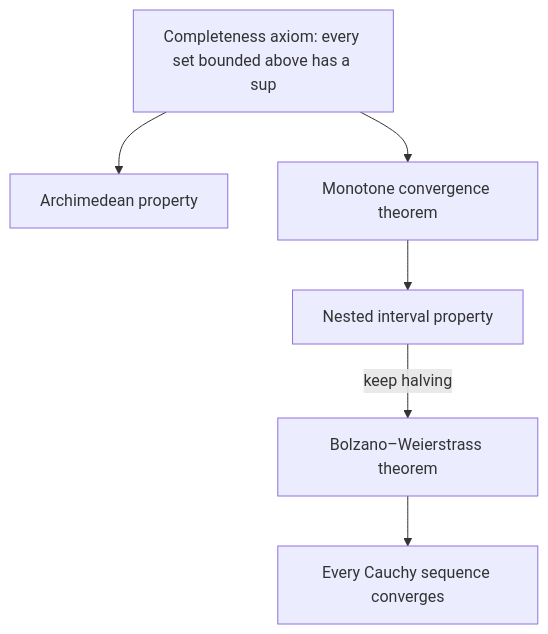
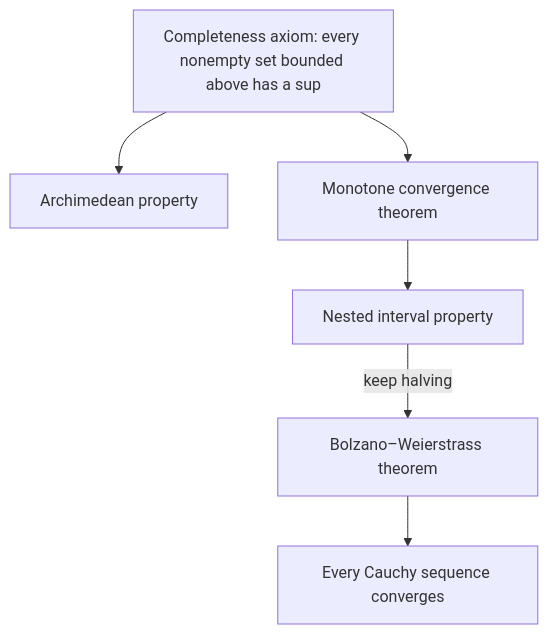
The diagram in content/math/calculus/lessons/91-completeness.md (Aziliz/erudior), drawn with Mermaid before and after one commit. The commit also changed other lines of this file and 6 other files, not shown here.

````diff
--- a/content/math/calculus/lessons/91-completeness.md
+++ b/content/math/calculus/lessons/91-completeness.md
@@ -54,10 +54,10 @@
 ```mermaid
 flowchart TD
   accTitle: What the completeness axiom implies
   accDescr: The completeness axiom implies the Archimedean property and the monotone convergence theorem. The monotone convergence theorem implies the nested interval property. The nested interval property, together with repeated halving, gives the Bolzano–Weierstrass theorem. Bolzano–Weierstrass then shows that every Cauchy sequence of real numbers converges.
-  C["Completeness axiom: every set bounded above has a sup"] --> A["Archimedean property"]
+  C["Completeness axiom: every nonempty set bounded above has a sup"] --> A["Archimedean property"]
   C --> M["Monotone convergence theorem"]
   M --> N["Nested interval property"]
   N -- "keep halving" --> B["Bolzano–Weierstrass theorem"]
   B --> K["Every Cauchy sequence converges"]
 ```
````
